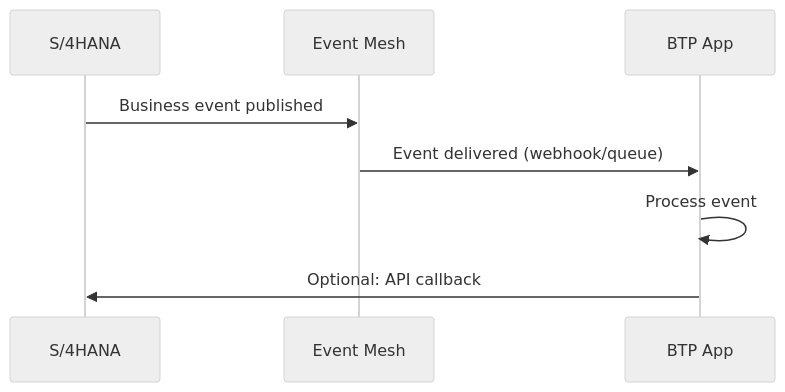
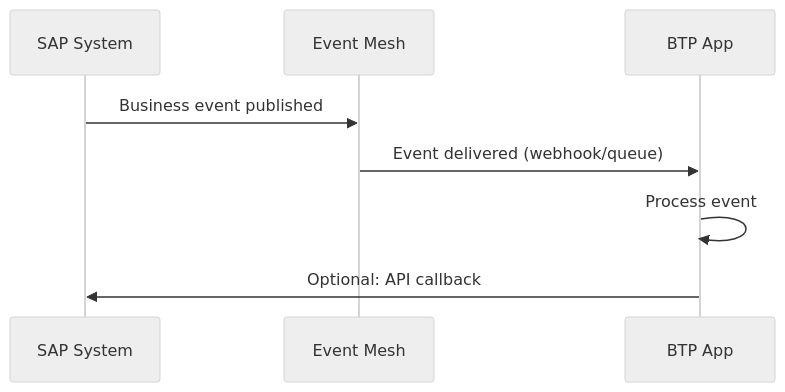
Before and after one commit to ib823/sapconnect: the second of 2 diagrams in docs/integration-patterns.md, drawn with Mermaid (neutral theme). The commit also changed other lines of this file and 18 other files, not shown here.

````diff
--- a/docs/integration-patterns.md
+++ b/docs/integration-patterns.md
@@ -46,11 +46,11 @@
 ```mermaid
 sequenceDiagram
-    participant SAP as S/4HANA
+    participant SAP as SAP System
     participant EM as Event Mesh
     participant App as BTP App
 
     SAP->>EM: Business event published
     EM->>App: Event delivered (webhook/queue)
     App->>App: Process event
     App->>SAP: Optional: API callback
 ```
````
